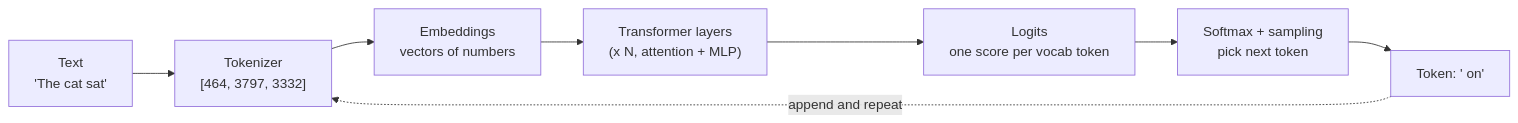
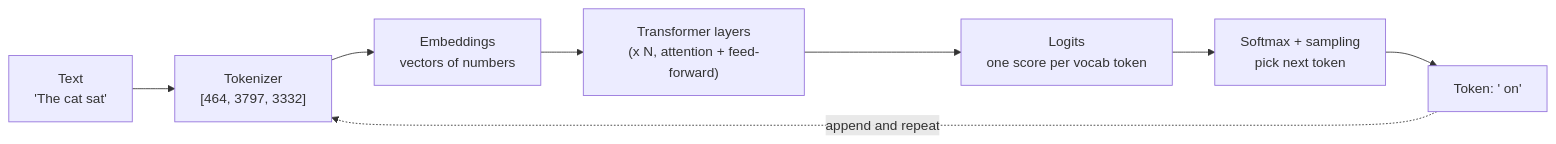
Before and after one commit to sztistvan/llm-explained-handouts: the first of 2 diagrams in docs/00-orientation.md, drawn with Mermaid. The commit also changed other lines of this file and 11 other files, not shown here.

````diff
--- a/docs/00-orientation.md
+++ b/docs/00-orientation.md
@@ -13,10 +13,10 @@
 ```mermaid
 flowchart LR
     A["Text<br/>'The cat sat'"] --> B["Tokenizer<br/>[464, 3797, 3332]"]
     B --> C["Embeddings<br/>vectors of numbers"]
-    C --> D["Transformer layers<br/>(x N, attention + MLP)"]
+    C --> D["Transformer layers<br/>(x N, attention + feed-forward)"]
     D --> E["Logits<br/>one score per vocab token"]
     E --> F["Softmax + sampling<br/>pick next token"]
     F --> G["Token: ' on'"]
     G -. "append and repeat" .-> B
 ```
````
